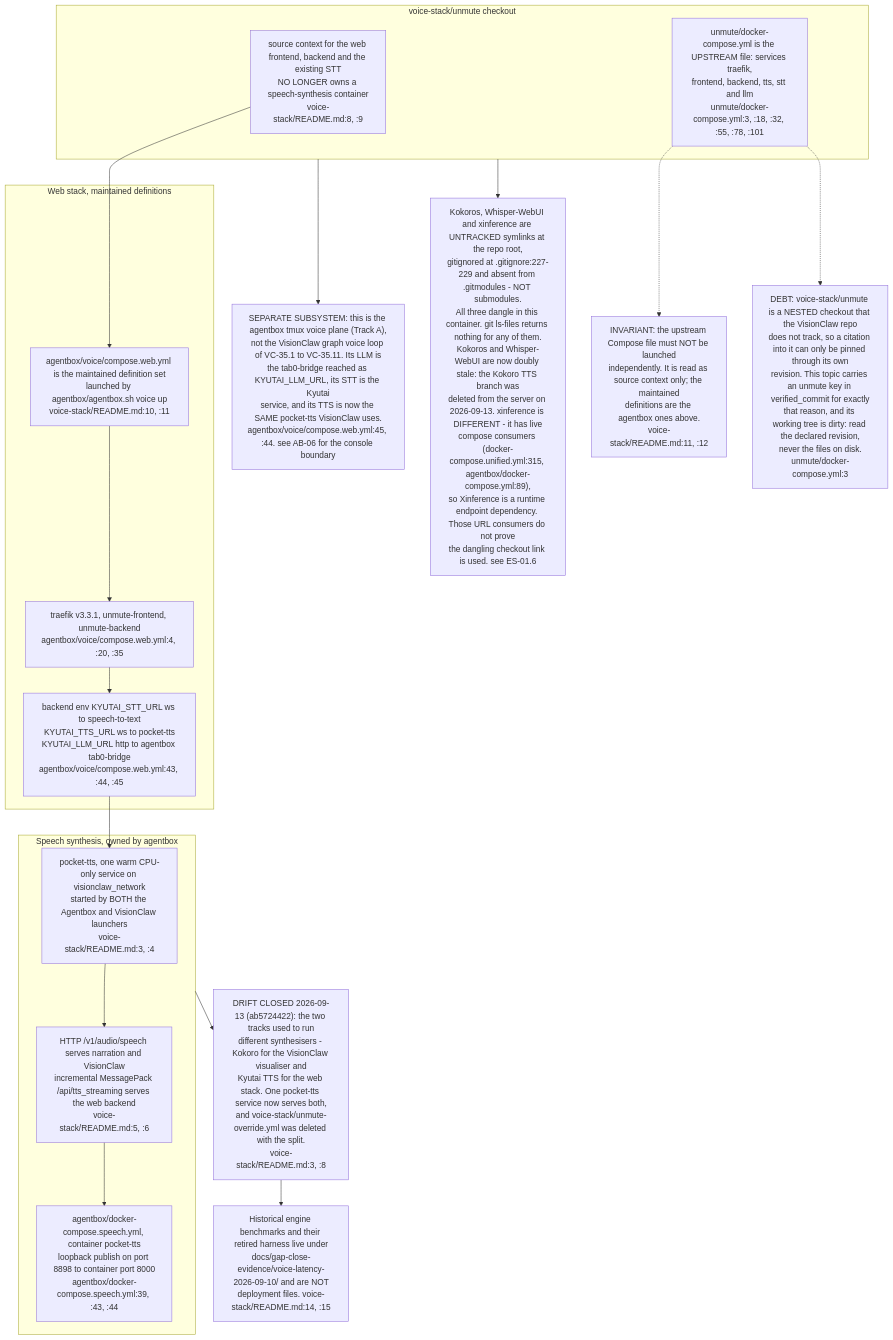
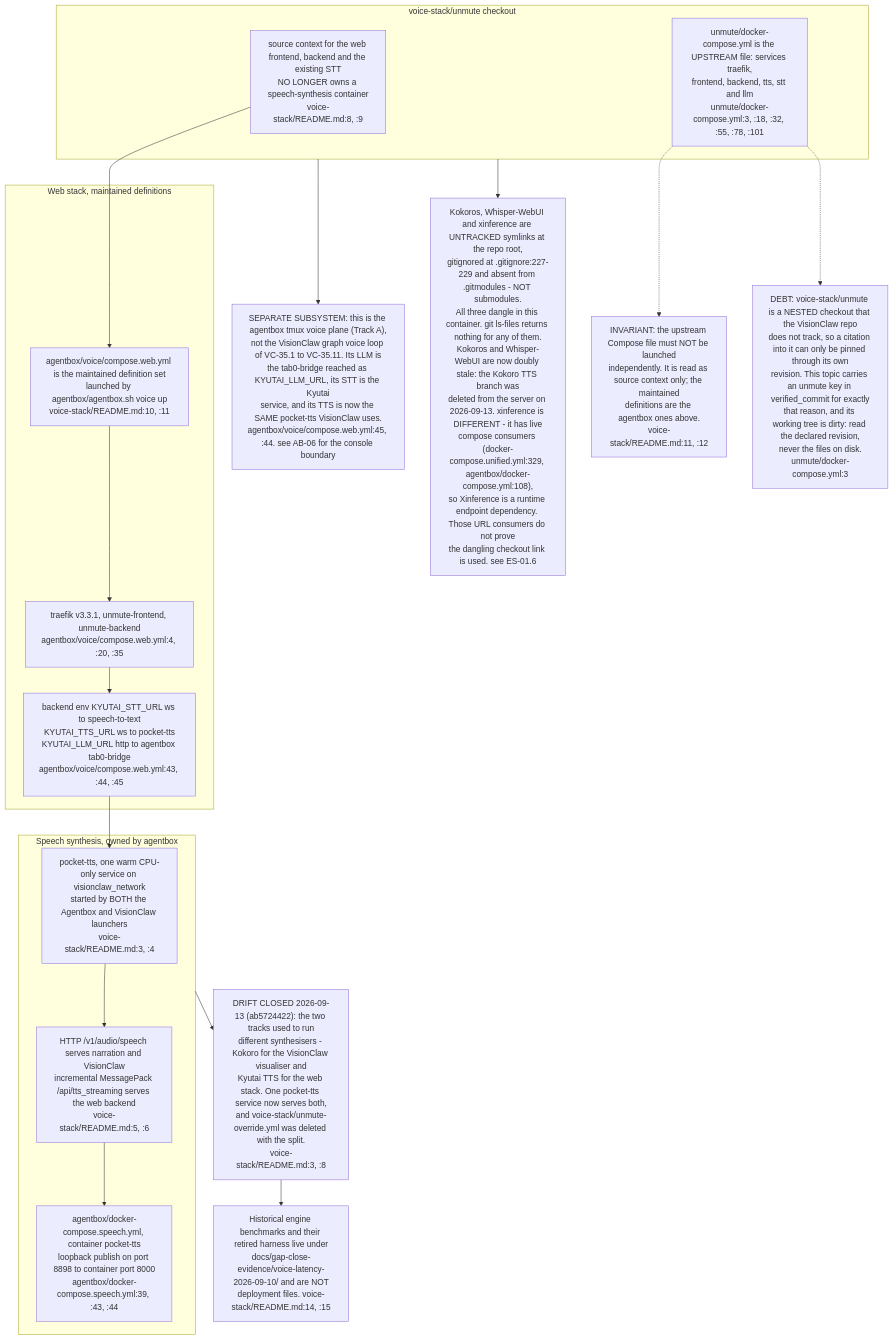
Before and after one commit to DreamLab-AI/VisionFlow: the tenth of 12 diagrams in docs/diagrams/visionclaw/35-voice-end-to-end.md, drawn with Mermaid. The commit also changed other lines of this file and 136 other files, not shown here.

First line of the commit message:
docs(diagrams): refresh the whole corpus to code HEAD and prune low-value diagrams

````diff
--- a/docs/diagrams/visionclaw/35-voice-end-to-end.md
+++ b/docs/diagrams/visionclaw/35-voice-end-to-end.md
@@ -566,33 +475,33 @@
 ```mermaid
 flowchart TB
     subgraph owned["Speech synthesis, owned by agentbox"]
         P1["pocket-tts, one warm CPU-only service on visionclaw_network<br/>started by BOTH the Agentbox and VisionClaw launchers<br/>voice-stack/README.md:3, :4"]
         P2["HTTP /v1/audio/speech serves narration and VisionClaw<br/>incremental MessagePack /api/tts_streaming serves the web backend<br/>voice-stack/README.md:5, :6"]
         P3["agentbox/docker-compose.speech.yml, container pocket-tts<br/>loopback publish on port 8898 to container port 8000<br/>agentbox/docker-compose.speech.yml:39, :43, :44"]
     end
     subgraph web["Web stack, maintained definitions"]
         W1["agentbox/voice/compose.web.yml is the maintained definition set<br/>launched by agentbox/agentbox.sh voice up<br/>voice-stack/README.md:10, :11"]
         W2["traefik v3.3.1, unmute-frontend, unmute-backend<br/>agentbox/voice/compose.web.yml:4, :20, :35"]
         W3["backend env KYUTAI_STT_URL ws to speech-to-text<br/>KYUTAI_TTS_URL ws to pocket-tts<br/>KYUTAI_LLM_URL http to agentbox tab0-bridge<br/>agentbox/voice/compose.web.yml:43, :44, :45"]
     end
     subgraph legacy["voice-stack/unmute checkout"]
         U1["source context for the web frontend, backend and the existing STT<br/>NO LONGER owns a speech-synthesis container<br/>voice-stack/README.md:8, :9"]
         U2["unmute/docker-compose.yml is the UPSTREAM file: services traefik,<br/>frontend, backend, tts, stt and llm<br/>unmute/docker-compose.yml:3, :18, :32, :55, :78, :101"]
     end
     P1 --> P2 --> P3
     W1 --> W2 --> W3
     W3 --> P1
     U1 --> W1
     U2 -.-> INV
     INV["INVARIANT: the upstream Compose file must NOT be launched<br/>independently. It is read as source context only; the maintained<br/>definitions are the agentbox ones above.<br/>voice-stack/README.md:11, :12"]
     U2 -.-> UNPIN
     UNPIN["DEBT: voice-stack/unmute is a NESTED checkout that the VisionClaw repo<br/>does not track, so a citation into it can only be pinned through its own<br/>revision. This topic carries an unmute key in verified_commit for exactly<br/>that reason, and its working tree is dirty: read the declared revision,<br/>never the files on disk.<br/>unmute/docker-compose.yml:3"]
     legacy --> SEP
     SEP["SEPARATE SUBSYSTEM: this is the agentbox tmux voice plane (Track A),<br/>not the VisionClaw graph voice loop of VC-35.1 to VC-35.11. Its LLM is<br/>the tab0-bridge reached as KYUTAI_LLM_URL, its STT is the Kyutai<br/>service, and its TTS is now the SAME pocket-tts VisionClaw uses.<br/>agentbox/voice/compose.web.yml:45, :44. see AB-06 for the console boundary"]
     owned --> CONV
     CONV["DRIFT CLOSED 2026-09-13 (ab5724422): the two tracks used to run<br/>different synthesisers - Kokoro for the VisionClaw visualiser and<br/>Kyutai TTS for the web stack. One pocket-tts service now serves both,<br/>and voice-stack/unmute-override.yml was deleted with the split.<br/>voice-stack/README.md:3, :8"]
-    DIV["Kokoros, Whisper-WebUI and xinference are UNTRACKED symlinks at the repo root,<br/>gitignored at .gitignore:227-229 and absent from .gitmodules - NOT submodules.<br/>All three dangle in this container. git ls-files returns nothing for any of them.<br/>Kokoros and Whisper-WebUI are now doubly stale: the Kokoro TTS branch was<br/>deleted from the server on 2026-09-13. xinference is DIFFERENT - it has live<br/>compose consumers (docker-compose.unified.yml:315, agentbox/docker-compose.yml:89),<br/>so Xinference is a runtime endpoint dependency. Those URL consumers do not prove<br/>the dangling checkout link is used. see ES-01.6"]
+    DIV["Kokoros, Whisper-WebUI and xinference are UNTRACKED symlinks at the repo root,<br/>gitignored at .gitignore:227-229 and absent from .gitmodules - NOT submodules.<br/>All three dangle in this container. git ls-files returns nothing for any of them.<br/>Kokoros and Whisper-WebUI are now doubly stale: the Kokoro TTS branch was<br/>deleted from the server on 2026-09-13. xinference is DIFFERENT - it has live<br/>compose consumers (docker-compose.unified.yml:329, agentbox/docker-compose.yml:108),<br/>so Xinference is a runtime endpoint dependency. Those URL consumers do not prove<br/>the dangling checkout link is used. see ES-01.6"]
     legacy --> DIV
     HIST["Historical engine benchmarks and their retired harness live under<br/>docs/gap-close-evidence/voice-latency-2026-09-10/ and are NOT<br/>deployment files. voice-stack/README.md:14, :15"]
     CONV --> HIST
 ```
````
